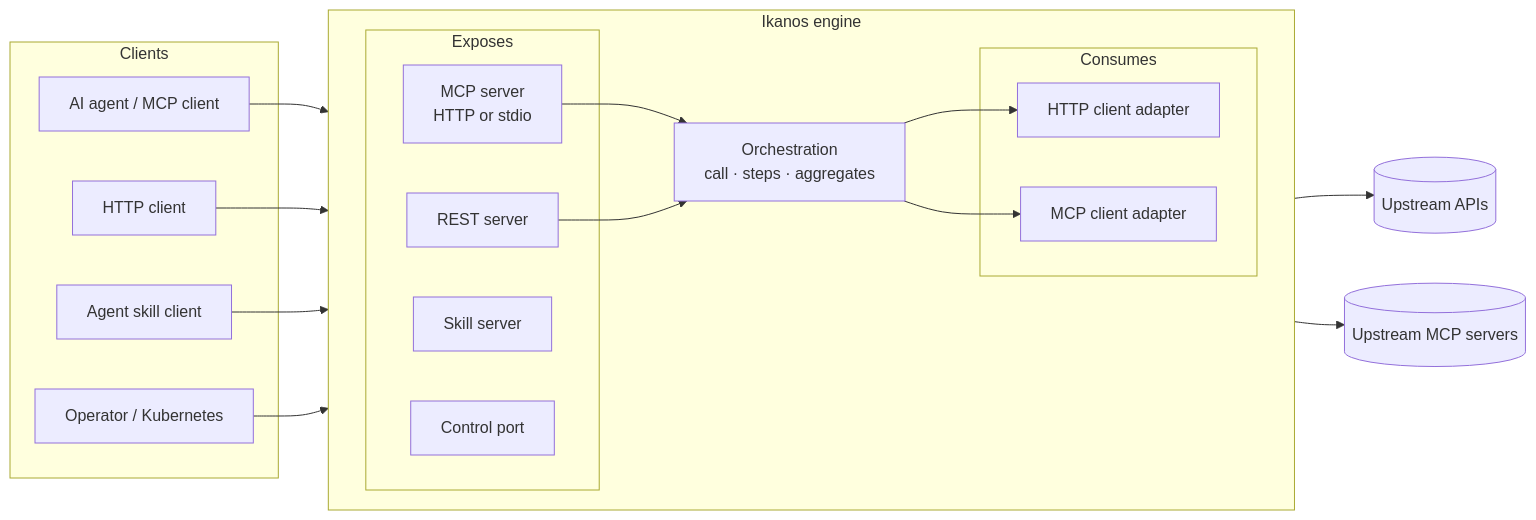
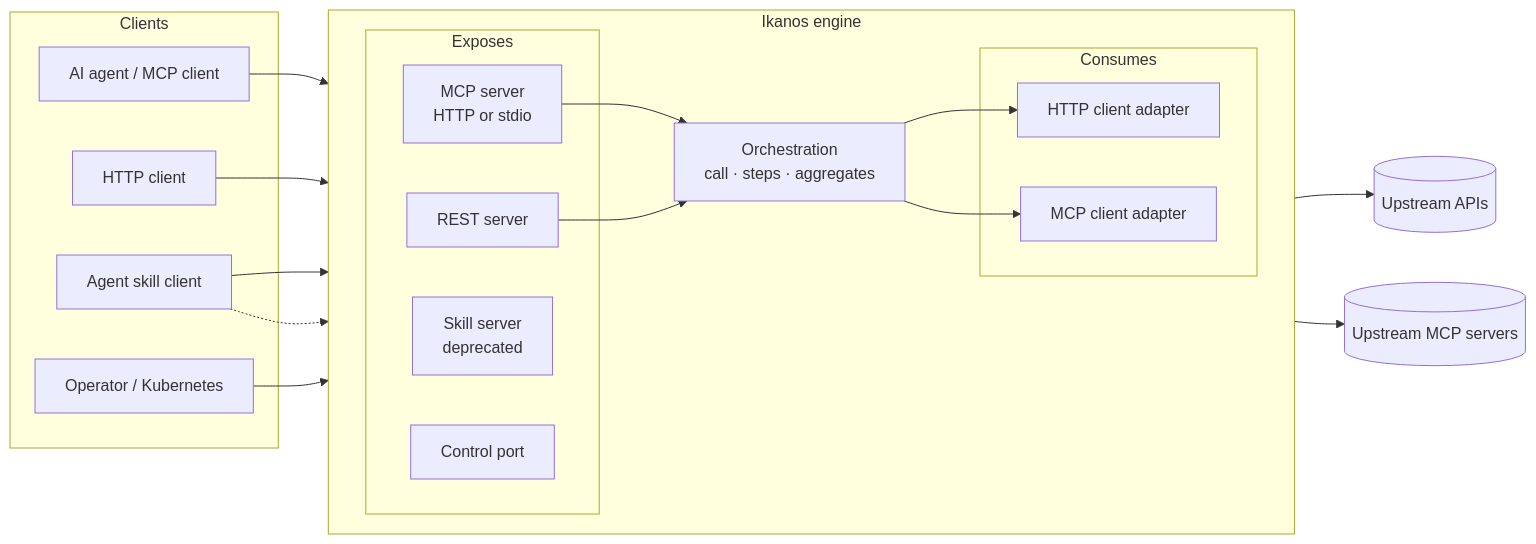
The first of 3 diagrams in modules/ikanos-docs/architecture.md (naftiko/ikanos), drawn with Mermaid before and after one commit. The commit also changed other lines of this file and 21 other files, not shown here.

````diff
--- a/modules/ikanos-docs/architecture.md
+++ b/modules/ikanos-docs/architecture.md
@@ -13,38 +13,39 @@
 ```mermaid
 flowchart LR
     subgraph clients[Clients]
         A[AI agent / MCP client]
         B[HTTP client]
         C[Agent skill client]
         O[Operator / Kubernetes]
     end
 
     subgraph engine[Ikanos engine]
         direction LR
         subgraph exposes[Exposes]
             MCP[MCP server<br/>HTTP or stdio]
             REST[REST server]
-            SKILL[Skill server]
+            SKILL[Skill server<br/>deprecated]
             CTRL[Control port]
         end
         ORCH[Orchestration<br/>call · steps · aggregates]
         subgraph consumes[Consumes]
             HTTP[HTTP client adapter]
             MCPC[MCP client adapter]
         end
     end
 
     UP[(Upstream APIs)]
     UPM[(Upstream MCP servers)]
 
     A --> MCP
     B --> REST
-    C --> SKILL
+    C --> MCP
+    C -.-> SKILL
     O --> CTRL
     MCP --> ORCH
     REST --> ORCH
     ORCH --> HTTP
     ORCH --> MCPC
     HTTP --> UP
     MCPC --> UPM
 ```
````
